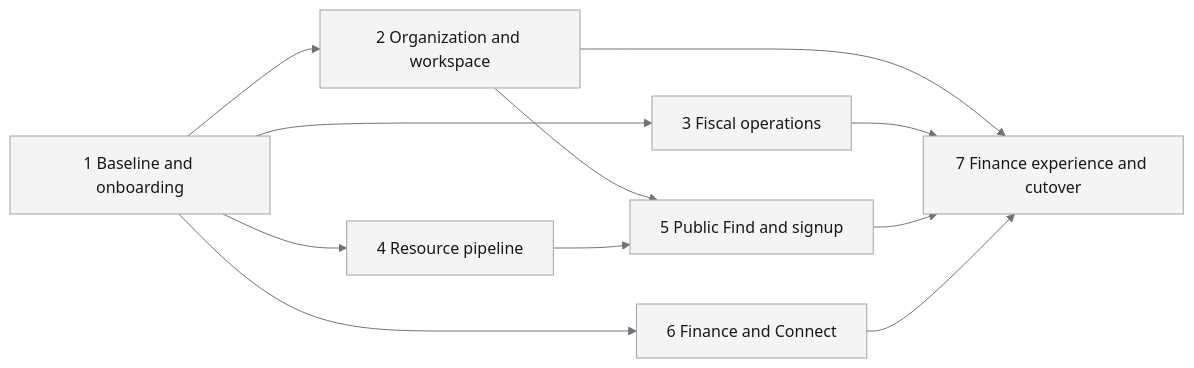
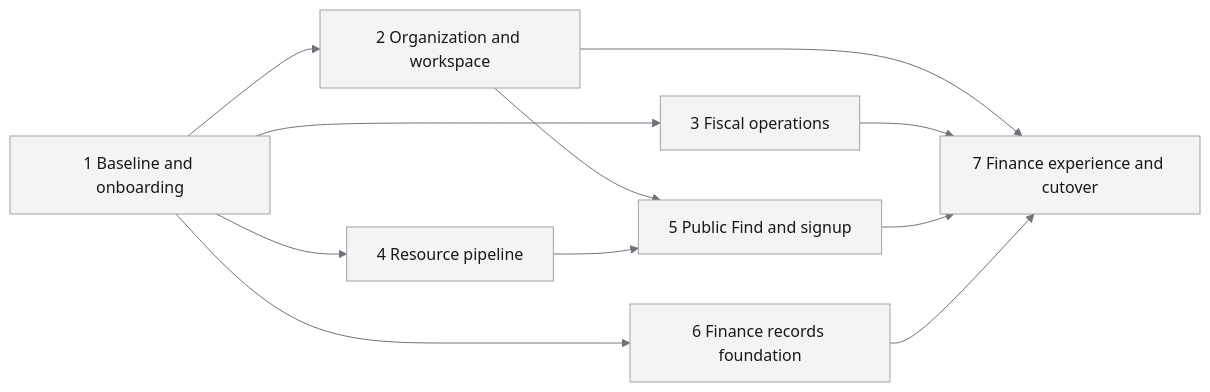
One commit to Hamernick/coach-house-lms changed the seventh of 7 diagrams in docs/plans/2026-08-04-finance-fundraising-find-release-design.md. Above: the diagram before and after it, drawn with Mermaid. The commit also changed other lines of this file and 629 other files, not shown here.

````diff
--- a/docs/plans/2026-08-04-finance-fundraising-find-release-design.md
+++ b/docs/plans/2026-08-04-finance-fundraising-find-release-design.md
@@ -2019,14 +1917,14 @@
 ```mermaid
 %%{init: {"theme": "base", "themeVariables": {"primaryColor": "#f4f4f5", "primaryTextColor": "#18181b", "primaryBorderColor": "#a1a1aa", "lineColor": "#71717a", "secondaryColor": "#fafafa", "tertiaryColor": "#ffffff", "fontFamily": "Geist, ui-sans-serif, system-ui"}}}%%
 flowchart LR
   B1[1 Baseline and onboarding] --> B2[2 Organization and workspace]
   B1 --> B3[3 Fiscal operations]
   B1 --> B4[4 Resource pipeline]
   B2 --> B5[5 Public Find and signup]
   B4 --> B5
-  B1 --> B6[6 Finance and Connect]
+  B1 --> B6[6 Finance records foundation]
   B2 --> B7[7 Finance experience and cutover]
   B3 --> B7
   B5 --> B7
   B6 --> B7
 ```
````
